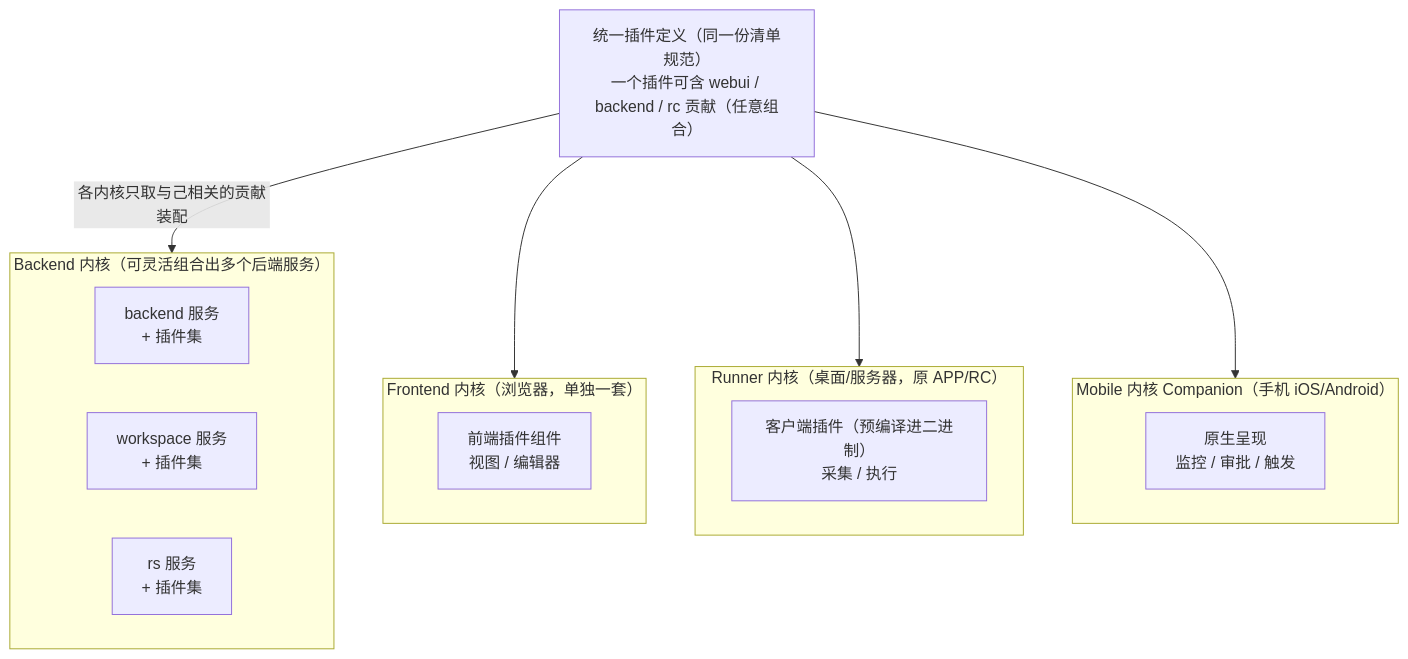
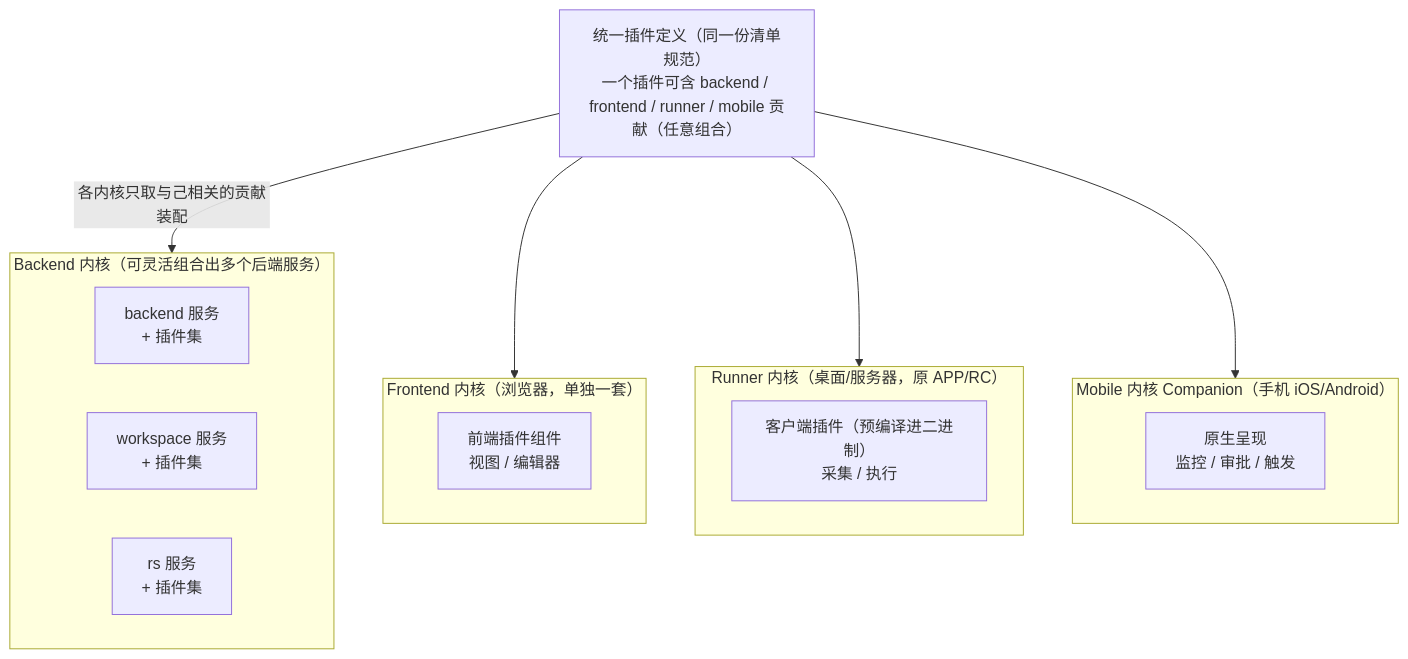
The first of 5 diagrams in docs/dev/architecture/系统架构.md (yandt/VastPlan), drawn with Mermaid before and after one commit. The commit also changed other lines of this file and 7 other files, not shown here.

````diff
--- a/docs/dev/architecture/系统架构.md
+++ b/docs/dev/architecture/系统架构.md
@@ -77,29 +77,29 @@
 ```mermaid
 flowchart TB
-  DEF["统一插件定义（同一份清单规范）<br/>一个插件可含 webui / backend / rc 贡献（任意组合）"]
+  DEF["统一插件定义（同一份清单规范）<br/>一个插件可含 backend / frontend / runner / mobile 贡献（任意组合）"]
 
   DEF -->|各内核只取与己相关的贡献装配| BK
   DEF --> WK
   DEF --> RK
 
   subgraph BK["Backend 内核（可灵活组合出多个后端服务）"]
     direction LR
     B1["backend 服务<br/>+ 插件集"]
     B2["workspace 服务<br/>+ 插件集"]
     B3["rs 服务<br/>+ 插件集"]
   end
 
   subgraph WK["Frontend 内核（浏览器，单独一套）"]
     W1["前端插件组件<br/>视图 / 编辑器"]
   end
 
   subgraph RK["Runner 内核（桌面/服务器，原 APP/RC）"]
     R1["客户端插件（预编译进二进制）<br/>采集 / 执行"]
   end
 
   subgraph MK["Mobile 内核 Companion（手机 iOS/Android）"]
     M1["原生呈现<br/>监控 / 审批 / 触发"]
   end
 
   DEF --> MK
 ```
````
